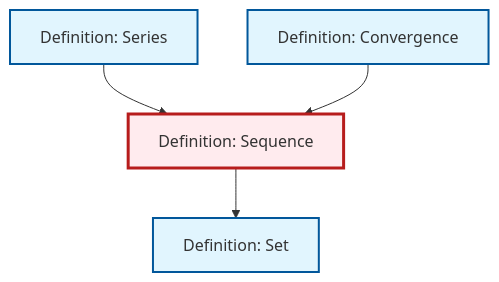
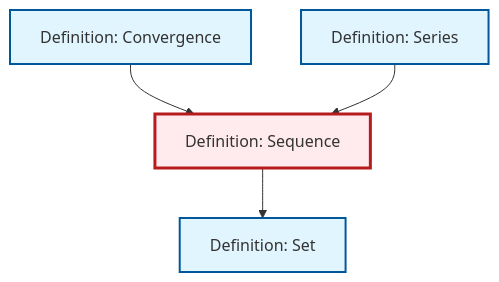
The diagram in content/en/analysis/def-sequence.qmd (RK0429/ModernMath), drawn with Mermaid before and after one commit. The commit also changed other lines of this file and 497 other files, not shown here.

````diff
--- a/content/en/analysis/def-sequence.qmd
+++ b/content/en/analysis/def-sequence.qmd
@@ -74,20 +74,20 @@
 ```{mermaid}
 %%| fig-cap: "Local dependency graph"
 graph TD
     classDef definition fill:#e1f5fe,stroke:#01579b,stroke-width:2px
     classDef theorem fill:#f3e5f5,stroke:#4a148c,stroke-width:2px
     classDef axiom fill:#fff3e0,stroke:#e65100,stroke-width:2px
     classDef example fill:#e8f5e9,stroke:#1b5e20,stroke-width:2px
     classDef current fill:#ffebee,stroke:#b71c1c,stroke-width:3px
+    def-set["Definition: Set"]:::definition
+    def-sequence["Definition: Sequence"]:::definition
+    def-series["Definition: Series"]:::definition
     def-convergence["Definition: Convergence"]:::definition
-    def-set["Definition: Set"]:::definition
-    def-series["Definition: Series"]:::definition
-    def-sequence["Definition: Sequence"]:::definition
+    def-convergence --> def-sequence
+    def-series --> def-sequence
     def-sequence --> def-set
-    def-series --> def-sequence
-    def-convergence --> def-sequence
     class def-sequence current
-    click def-convergence "def-convergence.html" "Go to Convergence definition"
     click def-set "def-set.html" "Go to Set definition"
     click def-series "def-series.html" "Go to Series definition"
+    click def-convergence "def-convergence.html" "Go to Convergence definition"
 ```
````
